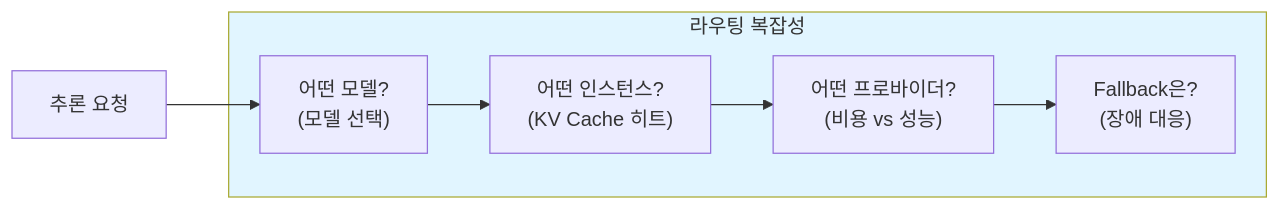
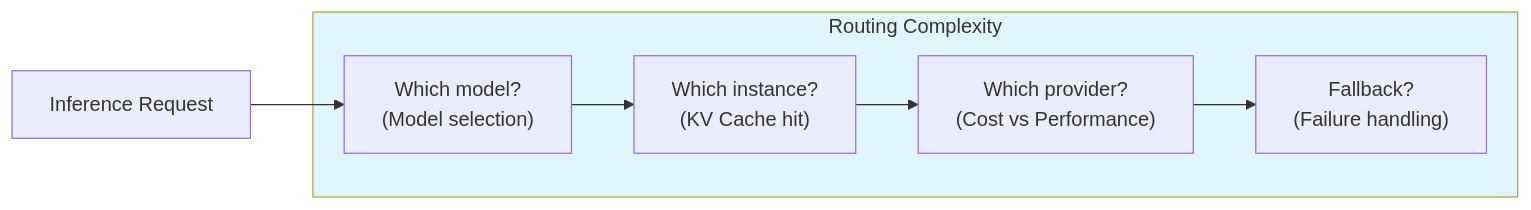
The second of 4 diagrams in docs/agentic-ai-platform/design-architecture/foundations/agentic-ai-challenges.md (devfloor9/engineering-playbook), drawn with Mermaid before and after one commit. The commit also changed other lines of this file and 954 other files, not shown here.

````diff
--- a/docs/agentic-ai-platform/design-architecture/foundations/agentic-ai-challenges.md
+++ b/docs/agentic-ai-platform/design-architecture/foundations/agentic-ai-challenges.md
@@ -159,15 +159,15 @@
 ```mermaid
 flowchart LR
-    REQ["추론 요청"]
+    REQ["Inference Request"]
 
-    subgraph Challenge["라우팅 복잡성"]
-        Q1["어떤 모델?<br/>(모델 선택)"]
-        Q2["어떤 인스턴스?<br/>(KV Cache 히트)"]
-        Q3["어떤 프로바이더?<br/>(비용 vs 성능)"]
-        Q4["Fallback은?<br/>(장애 대응)"]
+    subgraph Challenge["Routing Complexity"]
+        Q1["Which model?<br/>(Model selection)"]
+        Q2["Which instance?<br/>(KV Cache hit)"]
+        Q3["Which provider?<br/>(Cost vs Performance)"]
+        Q4["Fallback?<br/>(Failure handling)"]
     end
 
     REQ --> Q1 --> Q2 --> Q3 --> Q4
 
     style Challenge fill:#e1f5ff
 ```
````
